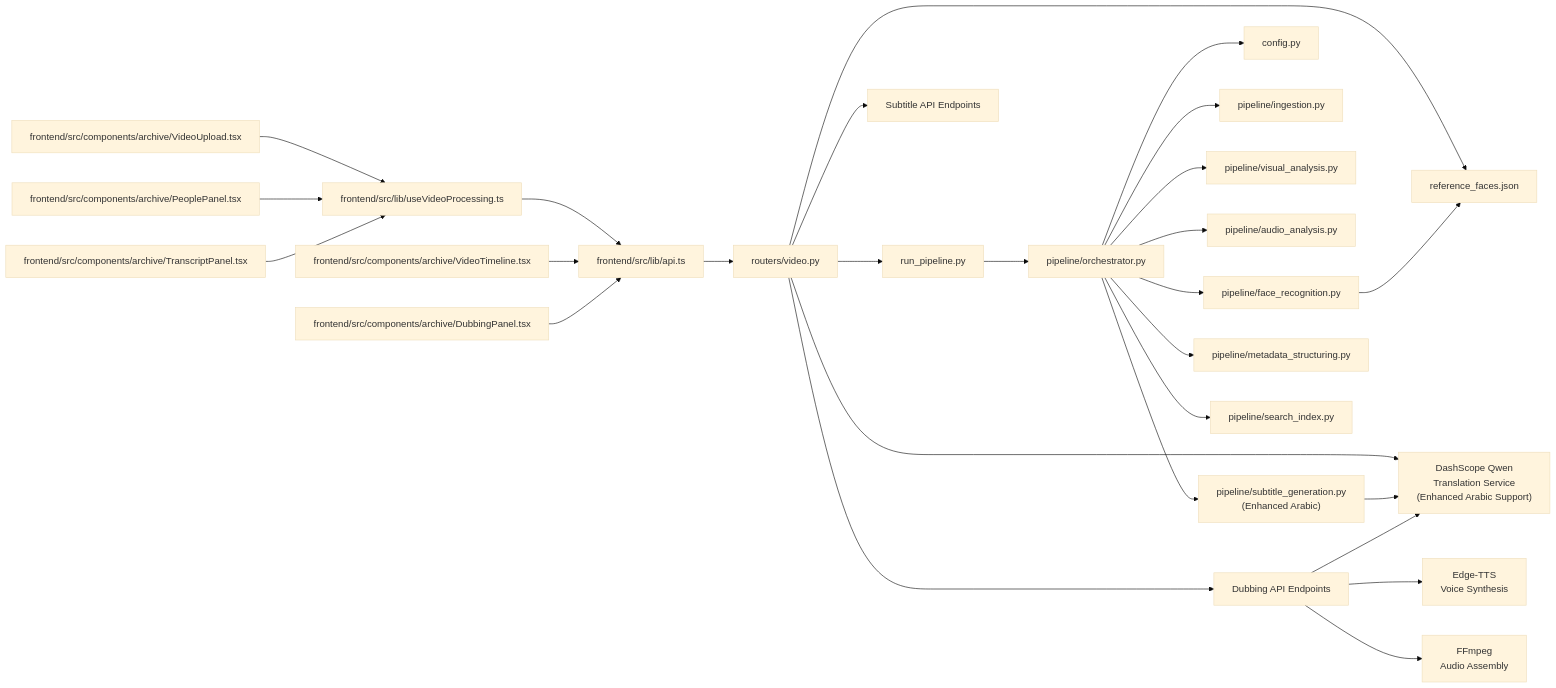
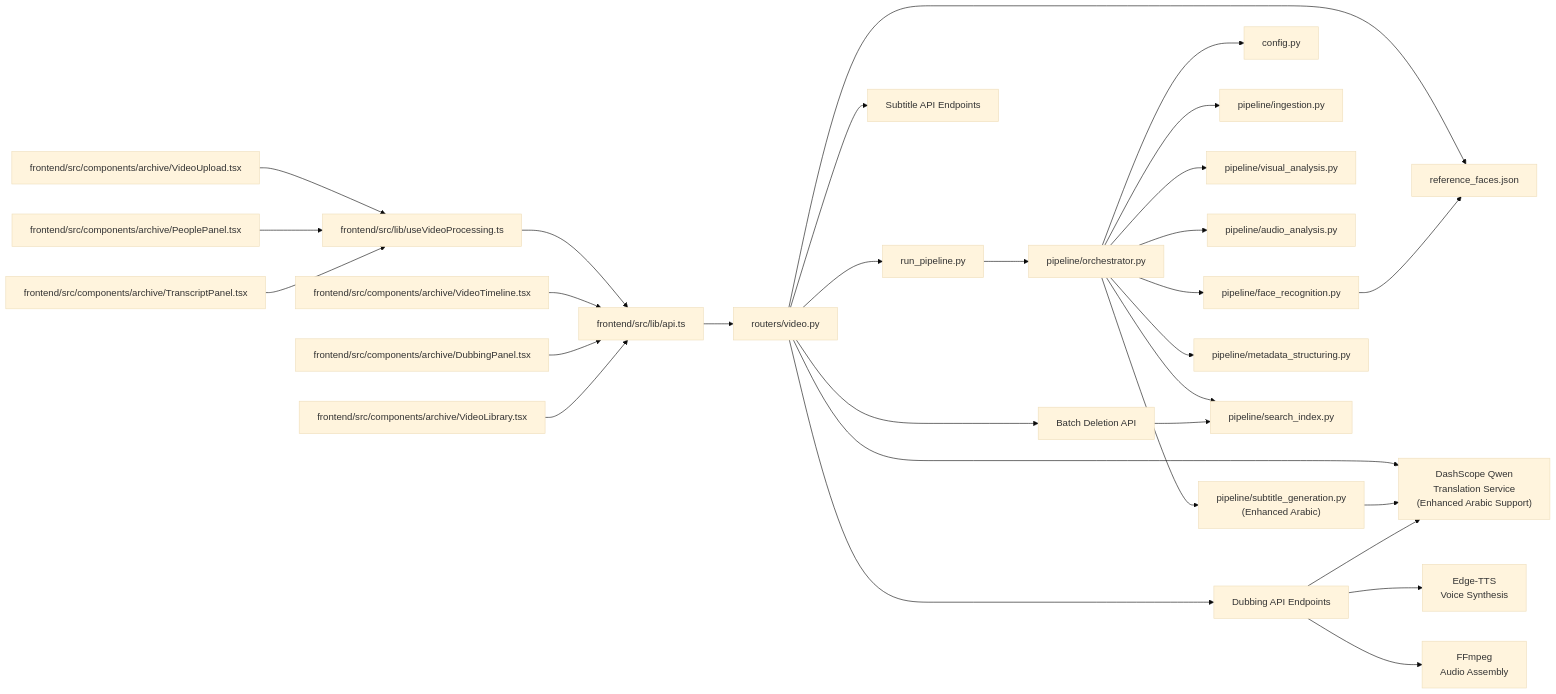
The third of 3 diagrams in .qoder/repowiki/en/content/Backend API Reference/Video Processing Endpoints.md (alexandreybasta-cyber/dubai-media-ai), drawn with Mermaid (base theme) before and after one commit. The commit also changed other lines of this file and 43 other files, not shown here.

````diff
--- a/.qoder/repowiki/en/content/Backend API Reference/Video Processing Endpoints.md
+++ b/.qoder/repowiki/en/content/Backend API Reference/Video Processing Endpoints.md
@@ -1197,29 +956,32 @@
 ```mermaid
 graph LR
 Router["routers/video.py"] --> Runner["run_pipeline.py"]
 Router --> RefDB["reference_faces.json"]
 Router --> DashScope["DashScope Qwen<br/>Translation Service<br/>(Enhanced Arabic Support)"]
 Router --> DubbingAPI["Dubbing API Endpoints"]
 Router --> SubtitleAPI["Subtitle API Endpoints"]
+Router --> DeleteAPI["Batch Deletion API"]
 Runner --> Orchestrator["pipeline/orchestrator.py"]
 Orchestrator --> Config["config.py"]
 Orchestrator --> Ingestion["pipeline/ingestion.py"]
 Orchestrator --> Visual["pipeline/visual_analysis.py"]
 Orchestrator --> Audio["pipeline/audio_analysis.py"]
 Orchestrator --> Face["pipeline/face_recognition.py"]
 Orchestrator --> Metadata["pipeline/metadata_structuring.py"]
 Orchestrator --> SearchIndex["pipeline/search_index.py"]
 Orchestrator --> SubtitleGen["pipeline/subtitle_generation.py<br/>(Enhanced Arabic)"]
 Face --> RefDB
 SubtitleGen --> DashScope
 DubbingAPI --> DashScope
 DubbingAPI --> EdgeTTS["Edge-TTS<br/>Voice Synthesis"]
 DubbingAPI --> FFmpeg["FFmpeg<br/>Audio Assembly"]
+DeleteAPI --> SearchIndex
 FrontendAPI["frontend/src/lib/api.ts"] --> Router
 FrontendHook["frontend/src/lib/useVideoProcessing.ts"] --> FrontendAPI
 FrontendUpload["frontend/src/components/archive/VideoUpload.tsx"] --> FrontendHook
 FrontendPeople["frontend/src/components/archive/PeoplePanel.tsx"] --> FrontendHook
 FrontendTranscript["frontend/src/components/archive/TranscriptPanel.tsx"] --> FrontendHook
 FrontendTimeline["frontend/src/components/archive/VideoTimeline.tsx"] --> FrontendAPI
 FrontendDubbing["frontend/src/components/archive/DubbingPanel.tsx"] --> FrontendAPI
+FrontendLibrary["frontend/src/components/archive/VideoLibrary.tsx"] --> FrontendAPI
 ```
````
